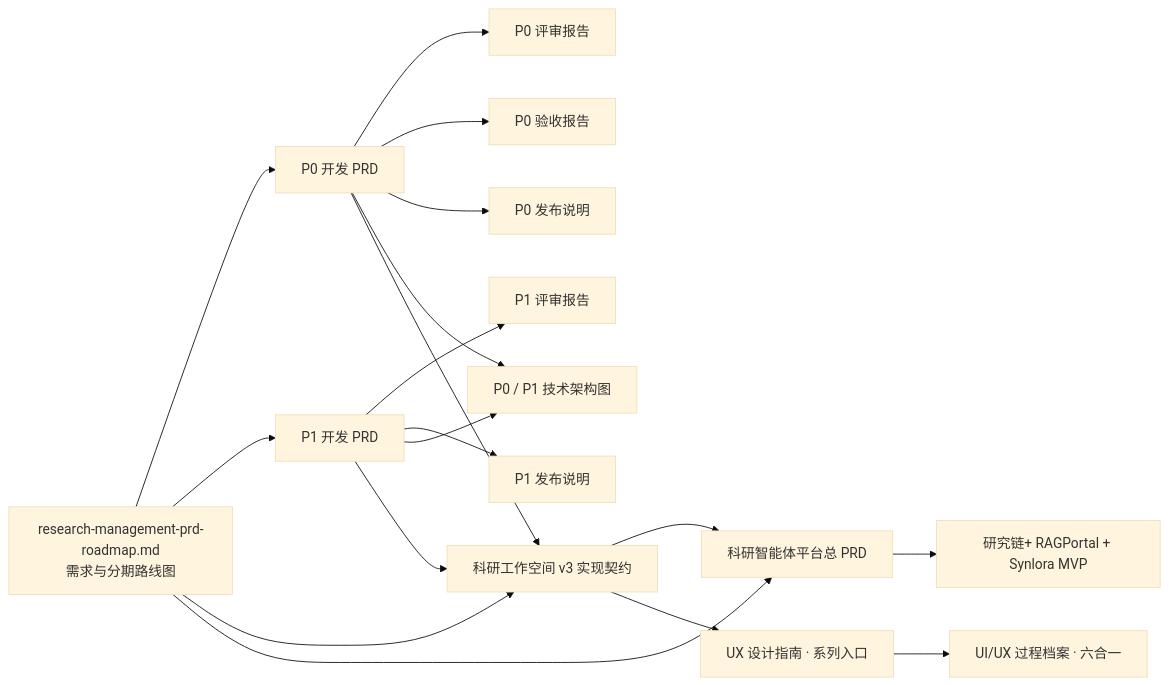
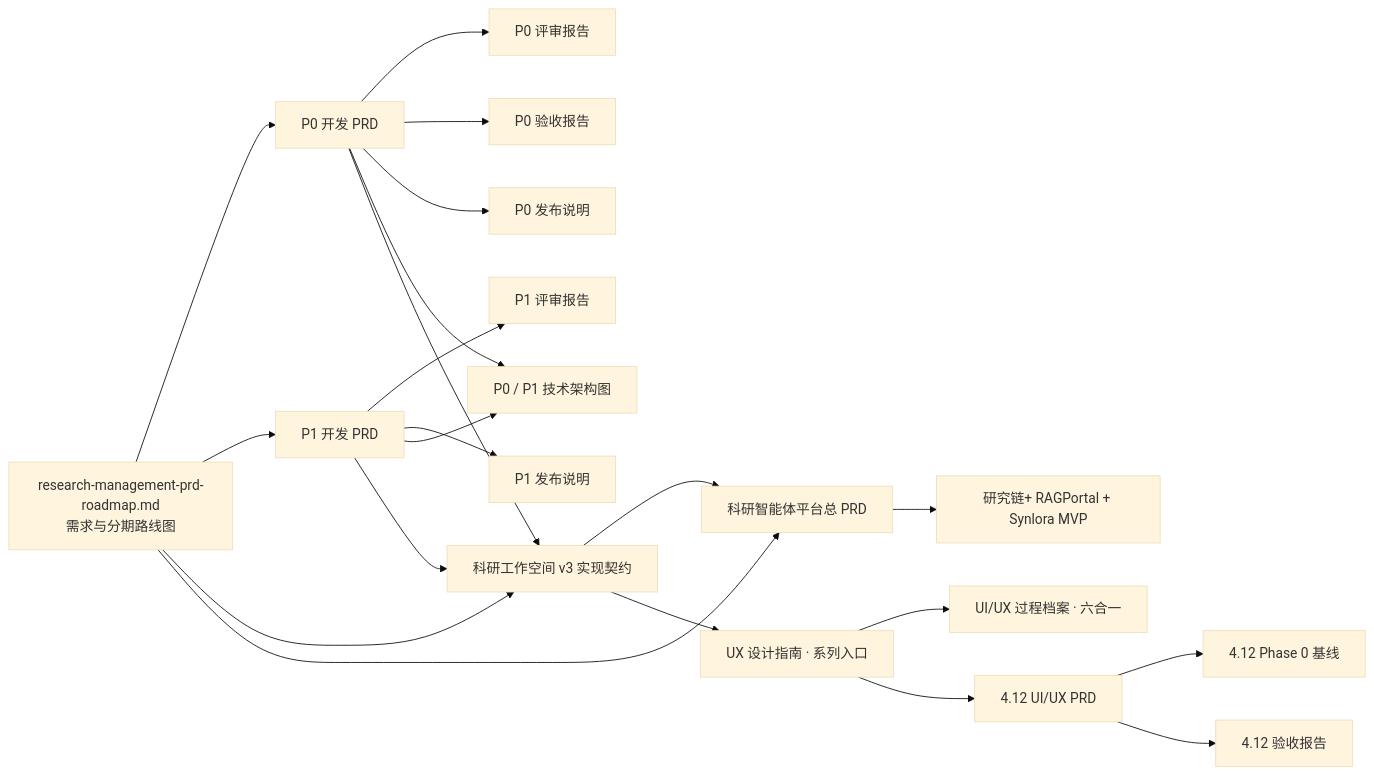
The diagram in docs/README.md (SynlysAI/plane), drawn with Mermaid (base theme) before and after one commit. The commit also changed other lines of this file and 27 other files, not shown here.

````diff
--- a/docs/README.md
+++ b/docs/README.md
@@ -45,20 +45,23 @@
 ```mermaid
 flowchart LR
     R[research-management-prd-roadmap.md<br/>需求与分期路线图] --> P0[P0 开发 PRD]
     R --> P1[P1 开发 PRD]
     P0 --> P0R[P0 评审报告]
     P1 --> P1R[P1 评审报告]
     P0 --> P0A[P0 验收报告]
     P0 --> P0N[P0 发布说明]
     P1 --> P1N[P1 发布说明]
     P0 --> ARCH[P0 / P1 技术架构图]
     P1 --> ARCH
     R --> V3[科研工作空间 v3 实现契约]
     P0 --> V3
     P1 --> V3
     R --> PLATFORM[科研智能体平台总 PRD]
     V3 --> PLATFORM
     PLATFORM --> MVP[研究链+ RAGPortal + Synlora MVP]
     V3 --> GUIDE[UX 设计指南 · 系列入口]
     GUIDE --> ARCHIVE[UI/UX 过程档案 · 六合一]
+    GUIDE --> PRD412[4.12 UI/UX PRD]
+    PRD412 --> BASE412[4.12 Phase 0 基线]
+    PRD412 --> ACCEPT412[4.12 验收报告]
 ```
````
